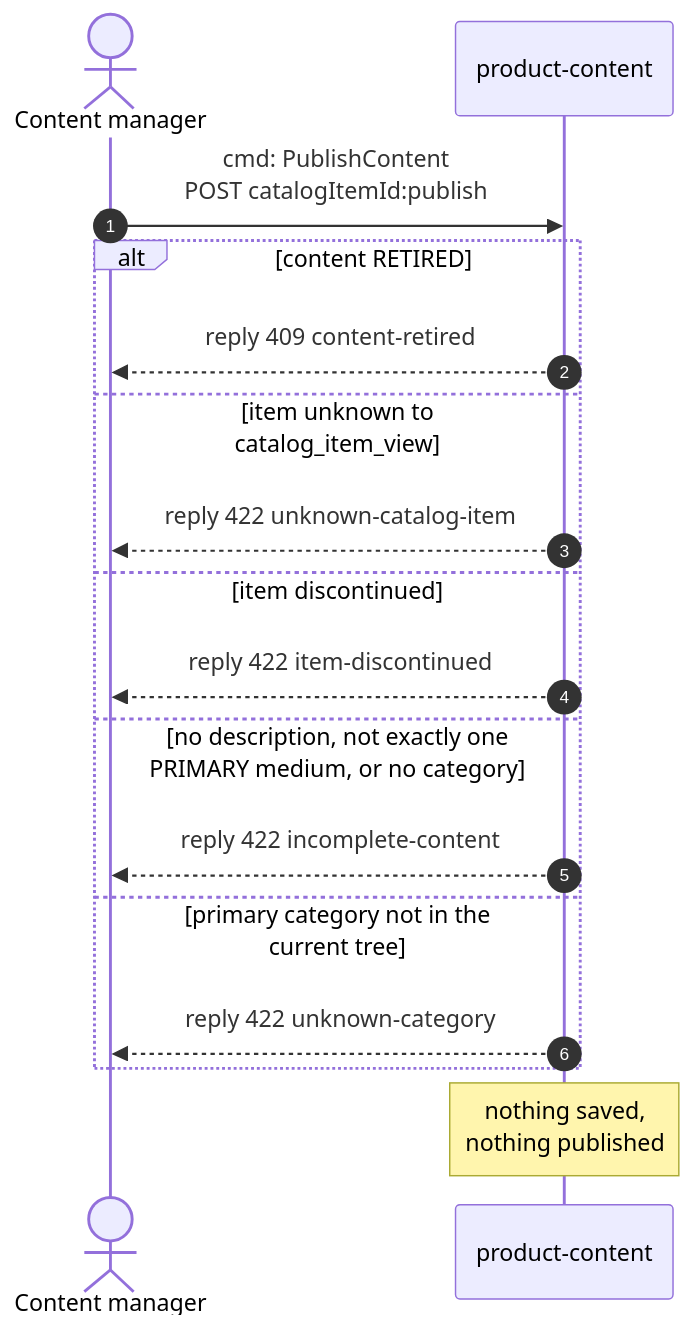
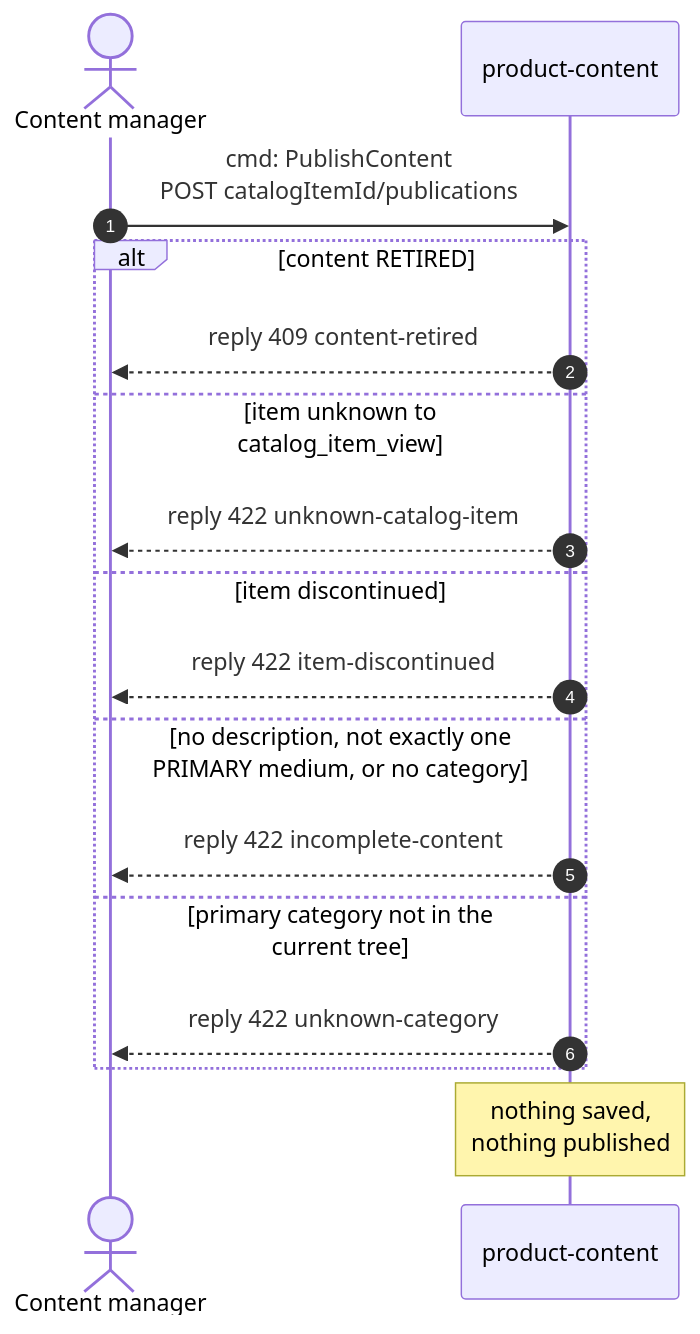
The second of 5 diagrams in docs/docs/ddd/domain-message-flow.md (IQVO/product-content), drawn with Mermaid before and after one commit. The commit also changed other lines of this file and 53 other files, not shown here.

````diff
--- a/docs/docs/ddd/domain-message-flow.md
+++ b/docs/docs/ddd/domain-message-flow.md
@@ -52,19 +52,19 @@
 ```mermaid
 sequenceDiagram
     autonumber
     actor CM as Content manager
     participant PC as product-content
-    CM->>PC: cmd: PublishContent<br/>POST catalogItemId:publish
+    CM->>PC: cmd: PublishContent<br/>POST catalogItemId/publications
     alt content RETIRED
         PC-->>CM: reply 409 content-retired
     else item unknown to catalog_item_view
         PC-->>CM: reply 422 unknown-catalog-item
     else item discontinued
         PC-->>CM: reply 422 item-discontinued
     else no description, not exactly one PRIMARY medium, or no category
         PC-->>CM: reply 422 incomplete-content
     else primary category not in the current tree
         PC-->>CM: reply 422 unknown-category
     end
     Note over PC: nothing saved,<br/>nothing published
 ```
````
